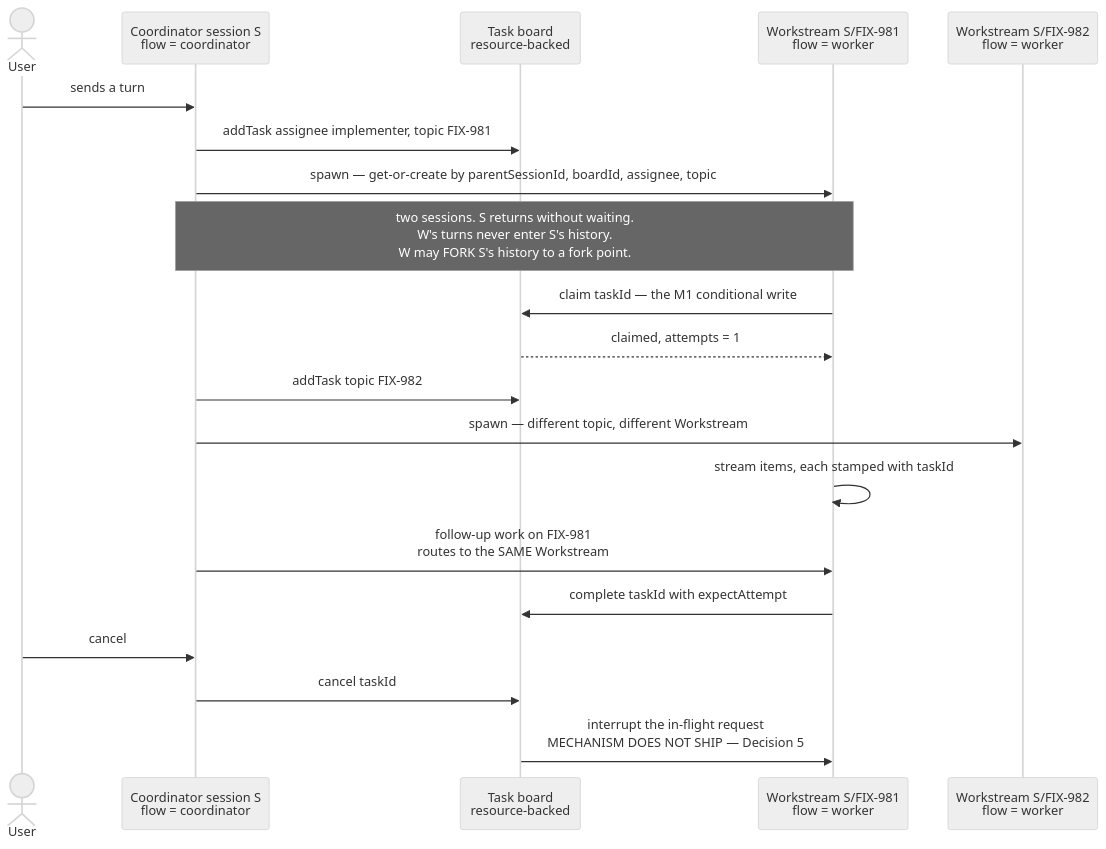
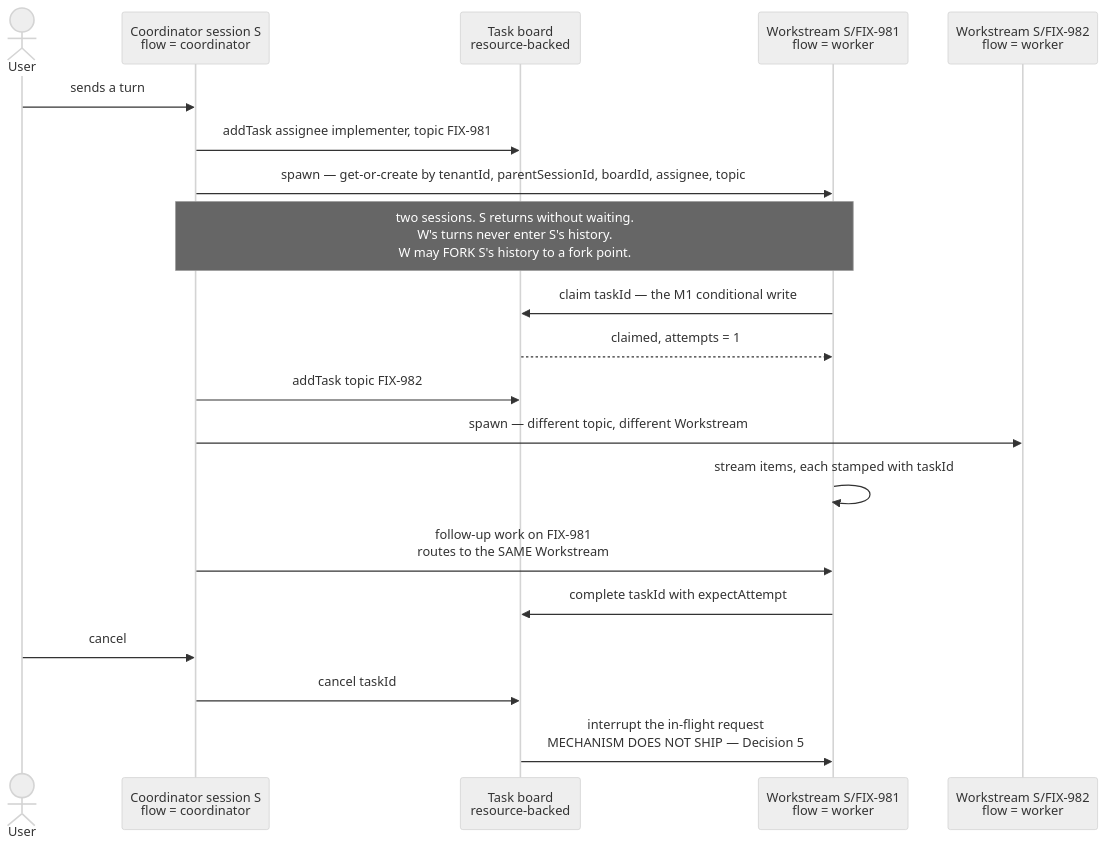
The first of 2 diagrams in docs/specs/_epics/durable-jobs.md (fixpoint-labs/flow-state-dev), drawn with Mermaid (neutral theme) before and after one commit. The commit also changed other lines of this file and 3 other files, not shown here.

````diff
--- a/docs/specs/_epics/durable-jobs.md
+++ b/docs/specs/_epics/durable-jobs.md
@@ -39,23 +39,23 @@
 ```mermaid
 sequenceDiagram
   actor U as User
   participant C as Coordinator session S<br/>flow = coordinator
   participant B as Task board<br/>resource-backed
   participant W as Workstream S/FIX-981<br/>flow = worker
   participant W2 as Workstream S/FIX-982<br/>flow = worker
 
   U->>C: sends a turn
   C->>B: addTask assignee implementer, topic FIX-981
-  C->>W: spawn — get-or-create by parentSessionId, boardId, assignee, topic
+  C->>W: spawn — get-or-create by tenantId, parentSessionId, boardId, assignee, topic
   Note over C,W: two sessions. S returns without waiting.<br/>W's turns never enter S's history.<br/>W may FORK S's history to a fork point.
   W->>B: claim taskId — the M1 conditional write
   B-->>W: claimed, attempts = 1
   C->>B: addTask topic FIX-982
   C->>W2: spawn — different topic, different Workstream
   W->>W: stream items, each stamped with taskId
   C->>W: follow-up work on FIX-981<br/>routes to the SAME Workstream
   W->>B: complete taskId with expectAttempt
   U->>C: cancel
   C->>B: cancel taskId
   B->>W: interrupt the in-flight request<br/>MECHANISM DOES NOT SHIP — Decision 5
 ```
````
